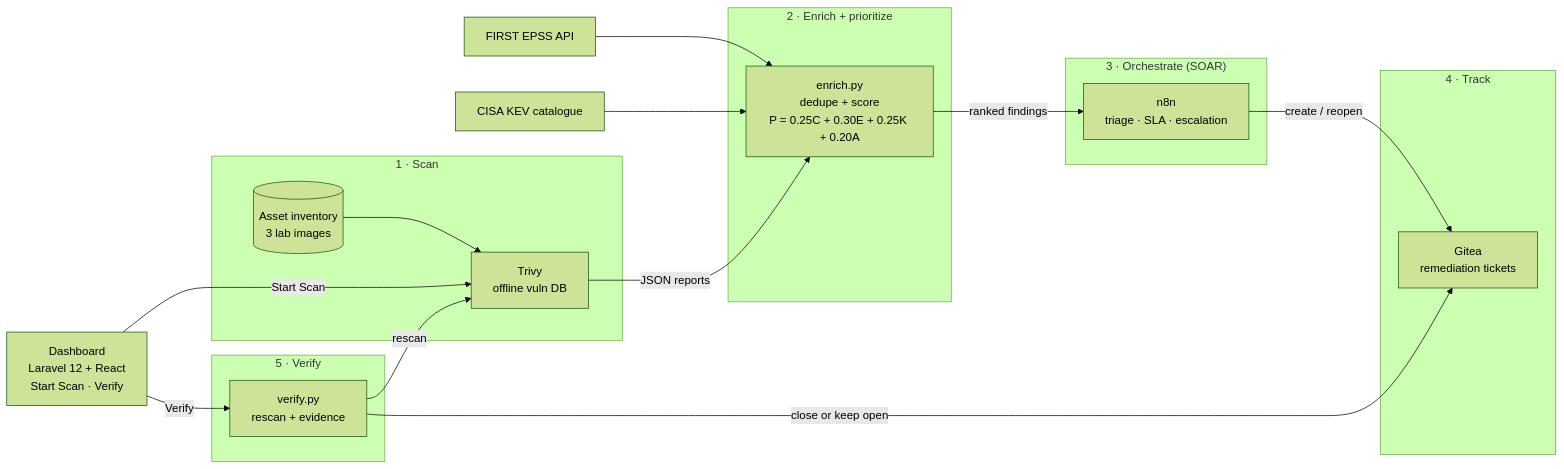
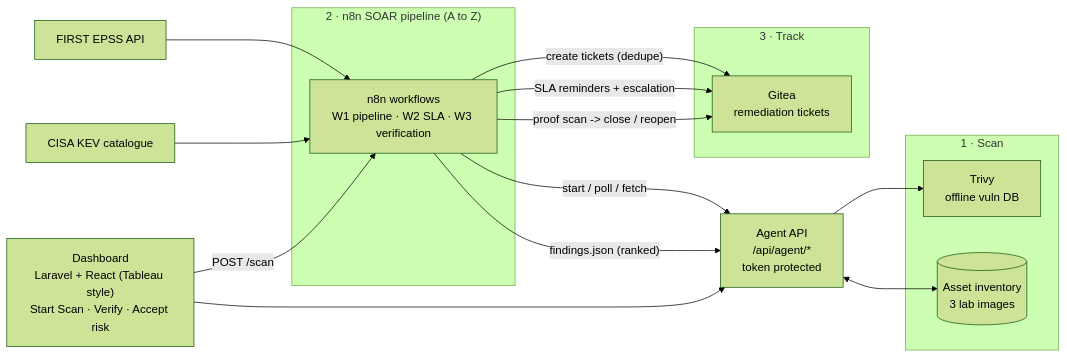
Before and after one commit to aminsmida2022-alt/Vulproject: the first of 4 diagrams in documentation/architecture.md, drawn with Mermaid (forest theme). The commit also changed other lines of this file and 14 other files, not shown here.

First line of the commit message:
n8n A-to-Z orchestrator: pipeline + SLA + verification workflows, agent API, dashboard handover

````diff
--- a/documentation/architecture.md
+++ b/documentation/architecture.md
@@ -5,28 +12,26 @@
 ```mermaid
 flowchart LR
-    DASH["Dashboard<br/>Laravel 12 + React<br/>Start Scan · Verify"]
+    DASH["Dashboard<br/>Laravel + React (Tableau style)<br/>Start Scan · Verify · Accept risk"]
+    AGENT["Agent API<br/>/api/agent/*<br/>token protected"]
     subgraph A["1 · Scan"]
-        INV[("Asset inventory<br/>3 lab images")] --> TRIVY["Trivy<br/>offline vuln DB"]
+        TRIVY["Trivy<br/>offline vuln DB"]
+        INV[("Asset inventory<br/>3 lab images")]
     end
-    subgraph B["2 · Enrich + prioritize"]
-        ENR["enrich.py<br/>dedupe + score<br/>P = 0.25C + 0.30E + 0.25K + 0.20A"]
+    subgraph B["2 · n8n SOAR pipeline (A to Z)"]
+        N8N["n8n workflows<br/>W1 pipeline · W2 SLA · W3 verification"]
     end
-    subgraph C["3 · Orchestrate (SOAR)"]
-        N8N["n8n<br/>triage · SLA · escalation"]
-    end
-    subgraph D["4 · Track"]
+    subgraph C["3 · Track"]
         GITEA["Gitea<br/>remediation tickets"]
     end
-    subgraph E["5 · Verify"]
-        VER["verify.py<br/>rescan + evidence"]
-    end
-    EPSS["FIRST EPSS API"] --> ENR
-    KEV["CISA KEV catalogue"] --> ENR
-    TRIVY -- "JSON reports" --> ENR
-    ENR -- "ranked findings" --> N8N
-    N8N -- "create / reopen" --> GITEA
-    DASH -- "Start Scan" --> TRIVY
-    DASH -- "Verify" --> VER
-    VER -- "rescan" --> TRIVY
-    VER -- "close or keep open" --> GITEA
+    EPSS["FIRST EPSS API"] --> N8N
+    KEV["CISA KEV catalogue"] --> N8N
+    DASH -- "POST /scan" --> N8N
+    N8N -- "start / poll / fetch" --> AGENT
+    AGENT --> TRIVY
+    AGENT <--> INV
+    N8N -- "findings.json (ranked)" --> AGENT
+    N8N -- "create tickets (dedupe)" --> GITEA
+    N8N -- "SLA reminders + escalation" --> GITEA
+    N8N -- "proof scan -> close / reopen" --> GITEA
+    DASH --> AGENT
 ```
````
